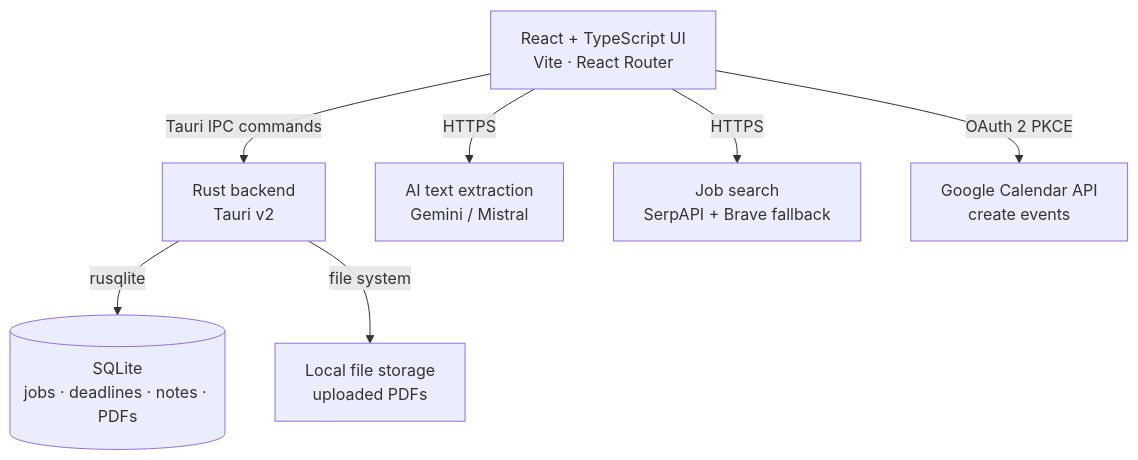
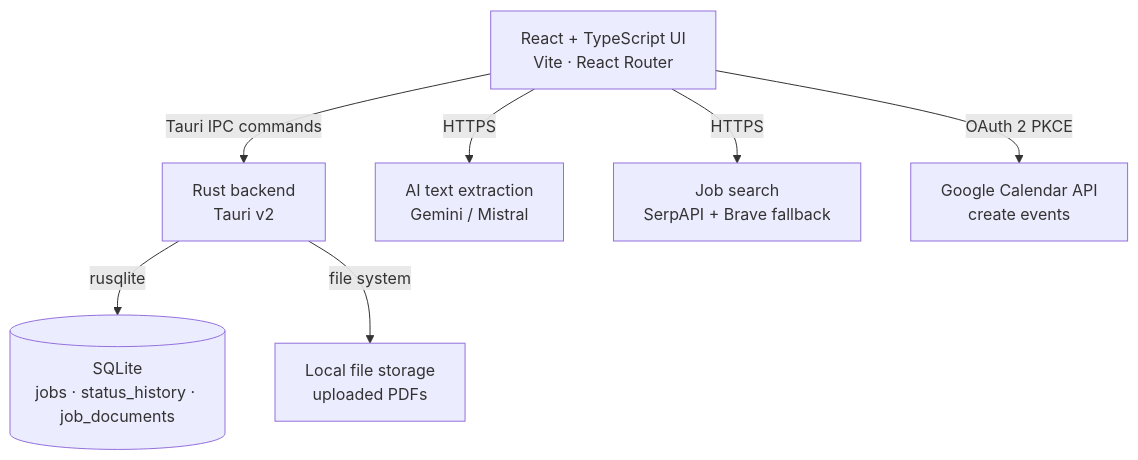
Before and after one commit to eikrad/Job-Tracker: the first of 6 diagrams in docs/architecture.md, drawn with Mermaid. The commit also changed other lines of this file, not shown here.

First line of the commit message:
docs: fix DB schema diagram and document capture, theme, job detail, status workflow

````diff
--- a/docs/architecture.md
+++ b/docs/architecture.md
@@ -11,9 +11,9 @@
 ```mermaid
 graph TD
     UI[React + TypeScript UI<br>Vite · React Router] -->|Tauri IPC commands| RUST[Rust backend<br>Tauri v2]
-    RUST -->|rusqlite| DB[(SQLite<br>jobs · deadlines · notes · PDFs)]
+    RUST -->|rusqlite| DB[(SQLite<br>jobs · status_history · job_documents)]
     RUST -->|file system| FILES[Local file storage<br>uploaded PDFs]
     UI -->|HTTPS| AI[AI text extraction<br>Gemini / Mistral]
     UI -->|HTTPS| SEARCH[Job search<br>SerpAPI + Brave fallback]
     UI -->|OAuth 2 PKCE| GCAL[Google Calendar API<br>create events]
 ```
````
